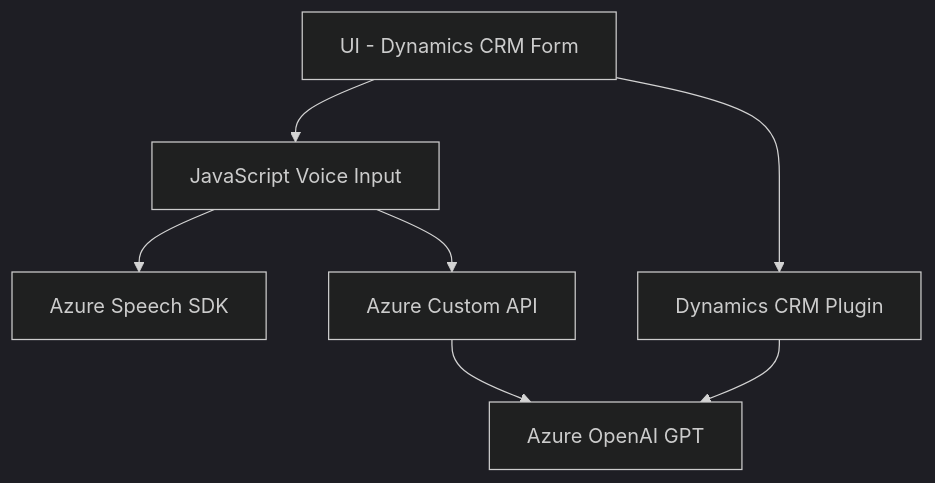
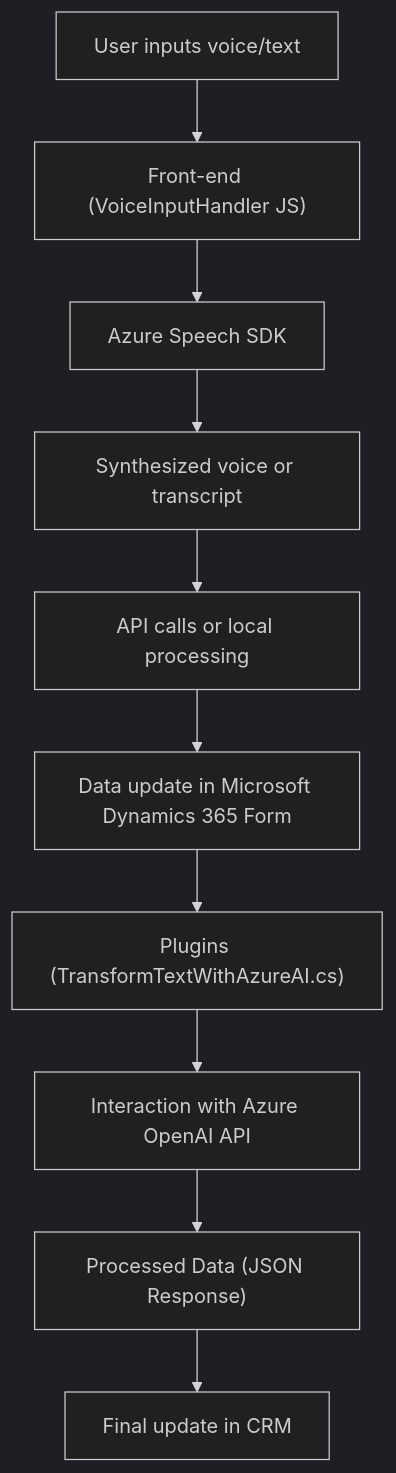
Before and after one commit to blopezdm/NETCORE_BILBAO2025: the diagram in README.md, drawn with Mermaid (dark theme). The commit also changed other lines of this file, not shown here.

````diff
--- a/README.md
+++ b/README.md
@@ -28,9 +42,13 @@
 ```mermaid
 graph TD
-    A["UI - Dynamics CRM Form"] --> B["JavaScript Voice Input"]
+    A["User inputs voice/text"]
+    A --> B["Front-end (VoiceInputHandler JS)"]
     B --> C["Azure Speech SDK"]
-    B --> D["Azure Custom API"]
-    D --> F["Azure OpenAI GPT"]
-    A --> G["Dynamics CRM Plugin"]
-    G --> F
+    C --> D["Synthesized voice or transcript"]
+    D --> E["API calls or local processing"]
+    E --> F["Data update in Microsoft Dynamics 365 Form"]
+    F --> G["Plugins (TransformTextWithAzureAI.cs)"]
+    G --> H["Interaction with Azure OpenAI API"]
+    H --> I["Processed Data (JSON Response)"]
+    I --> J["Final update in CRM"]
 ```
````
